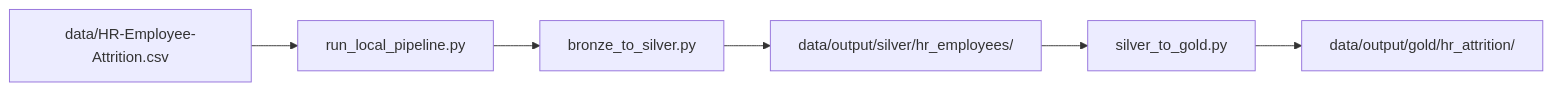
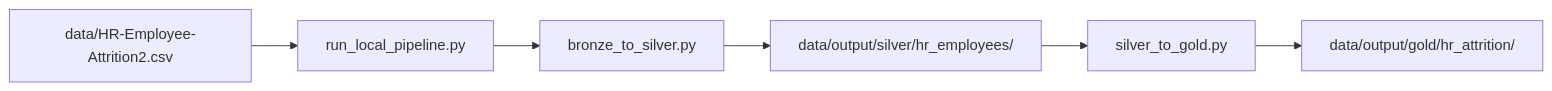
One commit to Merlin2098/HR-Data-Lakehouse changed the fourth of 5 diagrams in docs/etl_architecture_diagram.md. Above: the diagram before and after it, drawn with Mermaid. The commit also changed 31 other files, not shown here.

````diff
--- a/docs/etl_architecture_diagram.md
+++ b/docs/etl_architecture_diagram.md
@@ -73,8 +73,8 @@
 ```mermaid
 flowchart LR
-    CSV["data/HR-Employee-Attrition.csv"] --> R["run_local_pipeline.py"]
+    CSV["data/HR-Employee-Attrition2.csv"] --> R["run_local_pipeline.py"]
     R --> B2S["bronze_to_silver.py"]
     B2S --> SIL["data/output/silver/hr_employees/"]
     SIL --> S2G["silver_to_gold.py"]
     S2G --> GOL["data/output/gold/hr_attrition/"]
 ```
````
